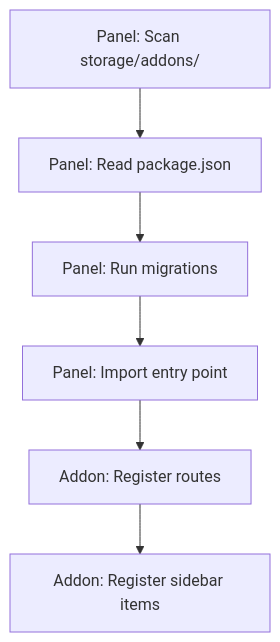
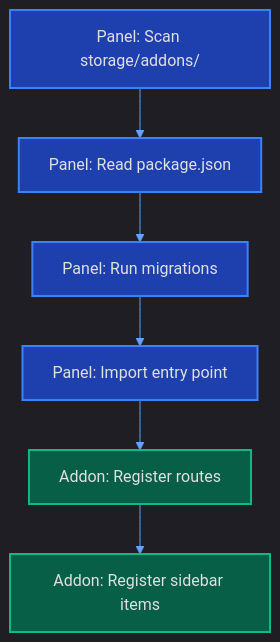
One commit to airlinklabs/airlinklabs changed the diagram in data/docs/announcements/5.md. Above: the diagram before and after it, drawn with Mermaid. The commit also changed 10 other files, not shown here.

First line of the commit message:
feat: styled mermaid diagrams with dark theme + centering fix

````diff
--- a/data/docs/announcements/5.md
+++ b/data/docs/announcements/5.md
@@ -20,8 +20,16 @@
 ```mermaid
-graph TD
-    A[Panel: Scan storage/addons/] --> B[Panel: Read package.json]
-    B --> C[Panel: Run migrations]
-    C --> D[Panel: Import entry point]
-    D --> E[Addon: Register routes]
-    E --> F[Addon: Register sidebar items]
+%%{init: {"theme": "dark", "themeVariables": {"primaryColor": "#1e40af", "primaryTextColor": "#e0e0e0", "primaryBorderColor": "#3b82f6", "lineColor": "#60a5fa", "secondaryColor": "#7c2d12", "tertiaryColor": "#1e3a5f", "fontFamily": "ui-monospace, SF Mono, Fira Code, monospace"}} }%%
+flowchart TD
+    A["Panel: Scan storage/addons/"] --> B["Panel: Read package.json"]
+    B --> C["Panel: Run migrations"]
+    C --> D["Panel: Import entry point"]
+    D --> E["Addon: Register routes"]
+    E --> F["Addon: Register sidebar items"]
+
+    style A fill:#1e40af,stroke:#3b82f6,color:#e0e0e0,stroke-width:2px
+    style B fill:#1e40af,stroke:#3b82f6,color:#e0e0e0,stroke-width:2px
+    style C fill:#1e40af,stroke:#3b82f6,color:#e0e0e0,stroke-width:2px
+    style D fill:#1e40af,stroke:#3b82f6,color:#e0e0e0,stroke-width:2px
+    style E fill:#065f46,stroke:#10b981,color:#e0e0e0,stroke-width:2px
+    style F fill:#065f46,stroke:#10b981,color:#e0e0e0,stroke-width:2px
 ```
````
